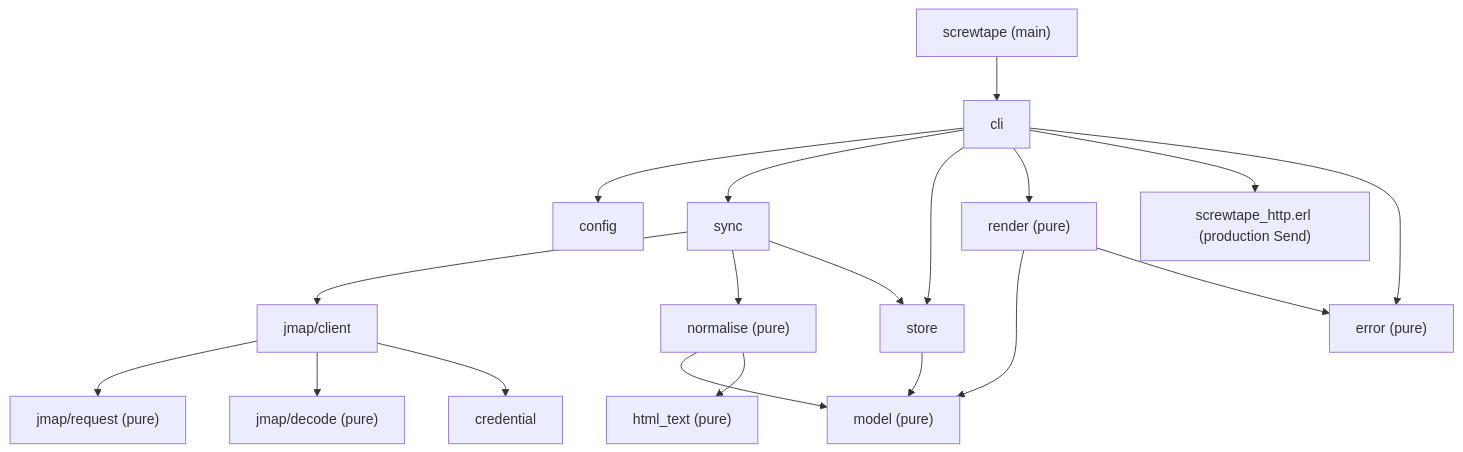
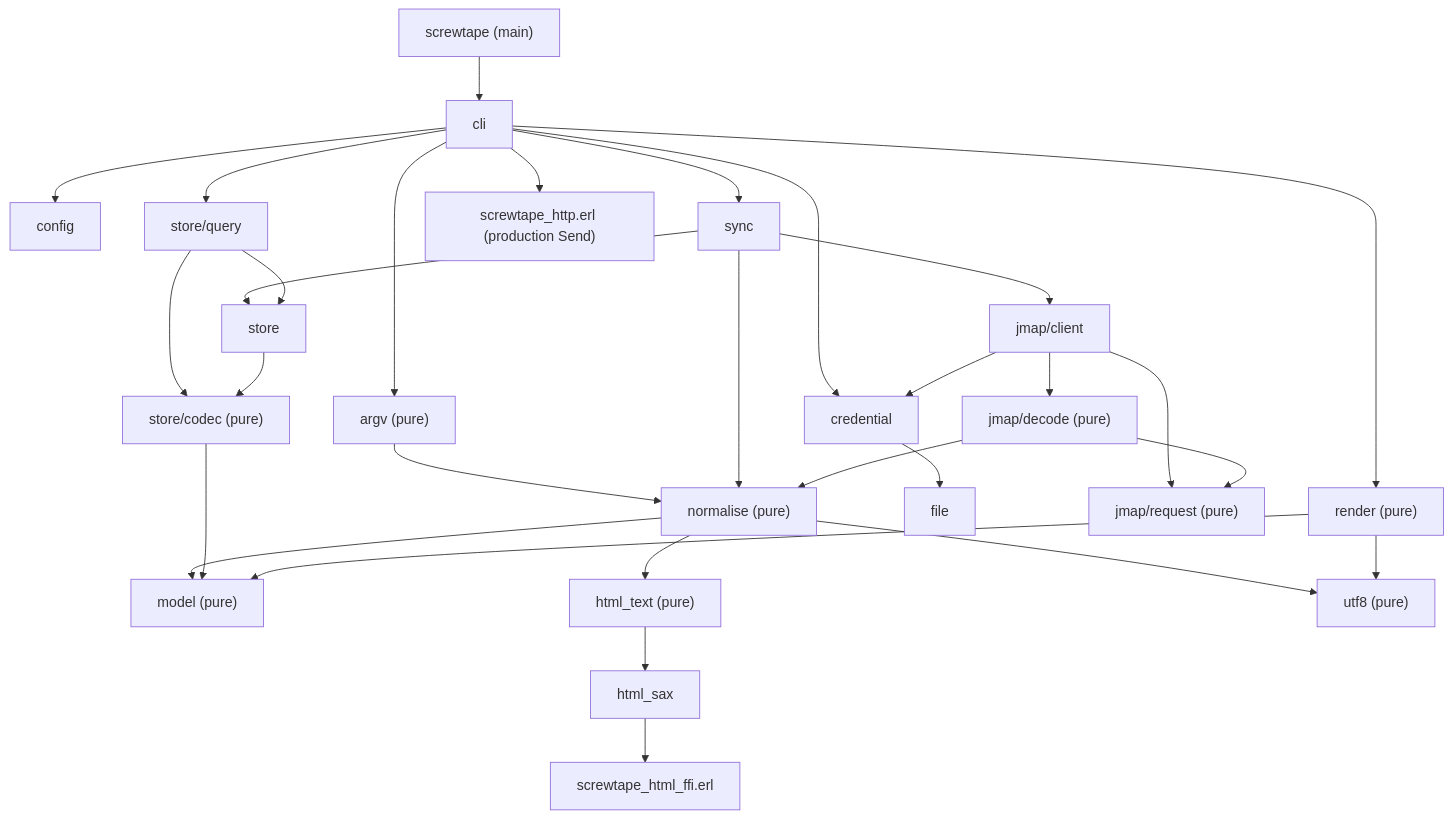
One commit to davidlee/screwtape changed the second of 5 diagrams in .doctrine/slice/001/design.md. Above: the diagram before and after it, drawn with Mermaid. The commit also changed other lines of this file and 2 other files, not shown here.

````diff
--- a/.doctrine/slice/001/design.md
+++ b/.doctrine/slice/001/design.md
@@ -210,21 +210,32 @@
 ```mermaid
 flowchart TD
   main["screwtape (main)"] --> cli
+  cli --> argv["argv (pure)"]
   cli --> config
+  cli --> credential
   cli --> sync
-  cli --> store
+  cli --> query["store/query"]
   cli --> render
   cli --> http["screwtape_http.erl (production Send)"]
+  argv --> normalise
+  credential --> file
   sync --> client["jmap/client"]
   sync --> normalise
   sync --> store
   client --> request["jmap/request (pure)"]
   client --> decode["jmap/decode (pure)"]
   client --> credential
+  decode --> request
+  decode --> normalise
   normalise["normalise (pure)"] --> model["model (pure)"]
   normalise --> html["html_text (pure)"]
-  store --> model
+  normalise --> utf8["utf8 (pure)"]
+  html --> sax["html_sax"]
+  sax --> sax_ffi["screwtape_html_ffi.erl"]
+  query --> store
+  query --> codec["store/codec (pure)"]
+  store --> codec
+  codec --> model
   render["render (pure)"] --> model
-  render --> error["error (pure)"]
-  cli --> error
+  render --> utf8
 ```
````
